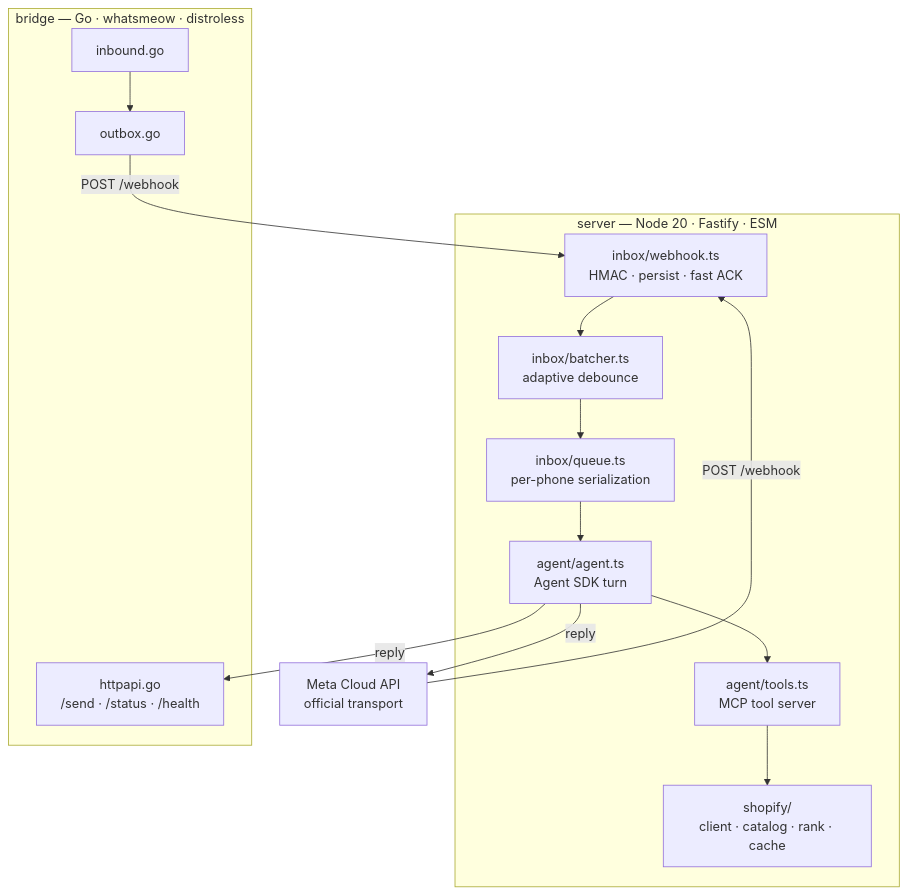
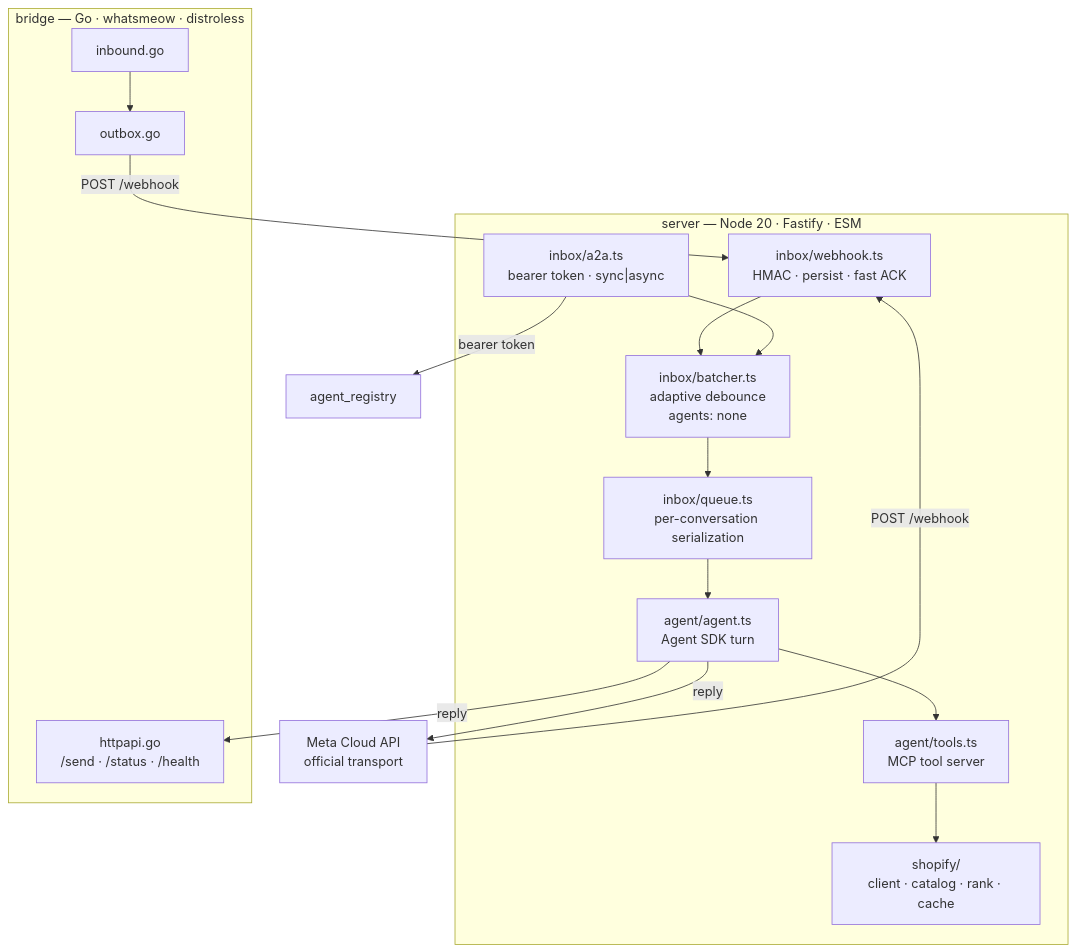
Before and after one commit to santiagoposadag/ShopifyVitrina: the first of 2 diagrams in docs/01-arquitectura/README.md, drawn with Mermaid. The commit also changed other lines of this file and 3 other files, not shown here.

````diff
--- a/docs/01-arquitectura/README.md
+++ b/docs/01-arquitectura/README.md
@@ -3,24 +3,29 @@
 ```mermaid
 graph TB
     subgraph SRV["server — Node 20 · Fastify · ESM"]
         WH["inbox/webhook.ts<br/>HMAC · persist · fast ACK"]
-        BA["inbox/batcher.ts<br/>adaptive debounce"]
-        QU["inbox/queue.ts<br/>per-phone serialization"]
+        A2A["inbox/a2a.ts<br/>bearer token · sync|async"]
+        BA["inbox/batcher.ts<br/>adaptive debounce<br/>agents: none"]
+        QU["inbox/queue.ts<br/>per-conversation serialization"]
         AG["agent/agent.ts<br/>Agent SDK turn"]
         TO["agent/tools.ts<br/>MCP tool server"]
         SH["shopify/<br/>client · catalog · rank · cache"]
     end
 
     subgraph BRG["bridge — Go · whatsmeow · distroless"]
         IN["inbound.go"]
         OB["outbox.go"]
         AP["httpapi.go<br/>/send · /status · /health"]
     end
 
     META["Meta Cloud API<br/>official transport"]
 
-    IN --> OB -->|"POST /webhook"| WH --> BA --> QU --> AG --> TO --> SH
+    IN --> OB -->|"POST /webhook"| WH
     META -->|"POST /webhook"| WH
+    A2A -->|"bearer token"| DB["agent_registry"]
+    WH --> BA
+    A2A --> BA
+    BA --> QU --> AG --> TO --> SH
     AG -->|"reply"| AP
     AG -->|"reply"| META
 ```
````
